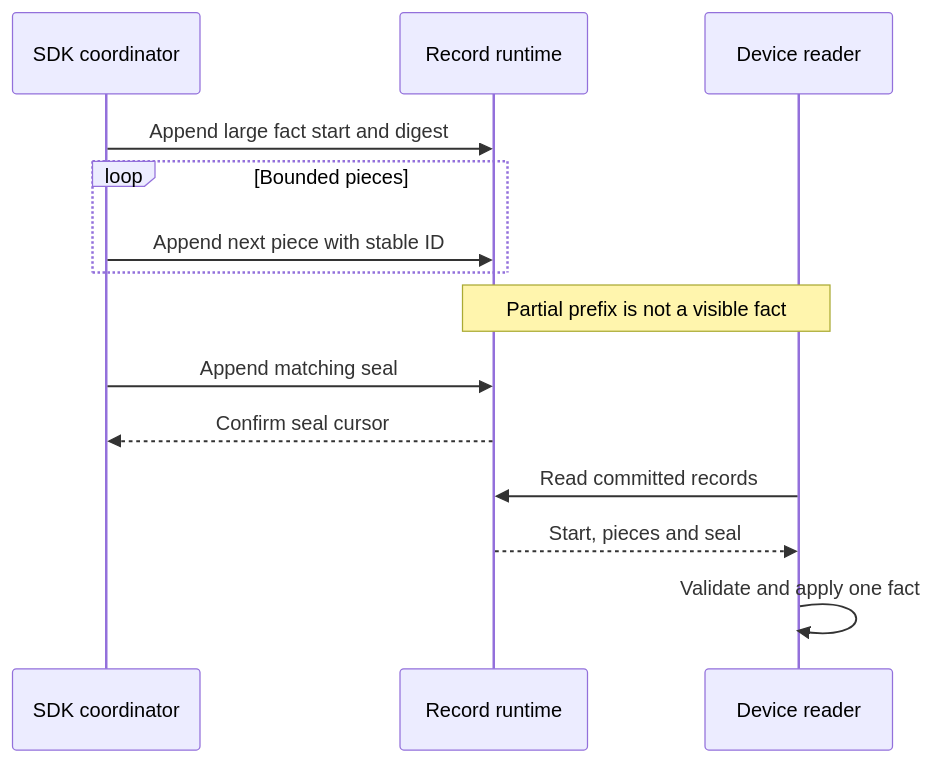
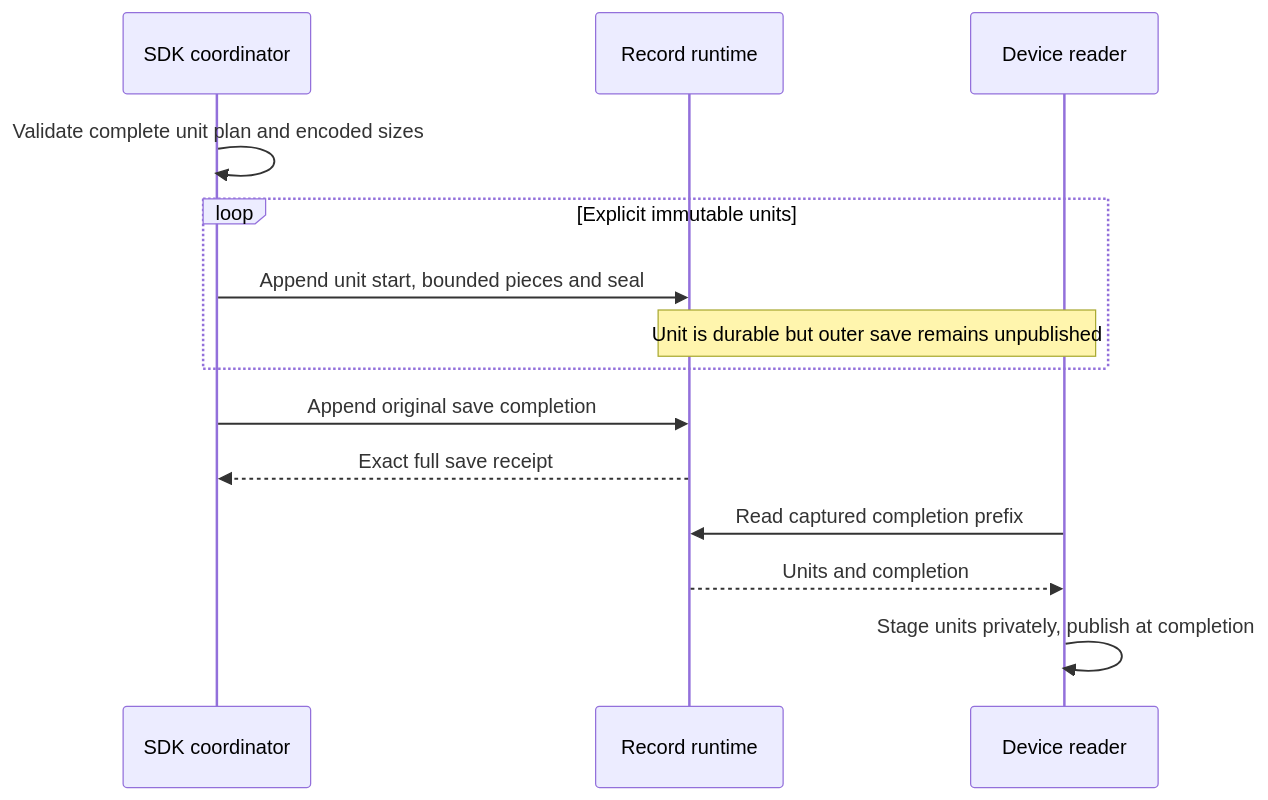
The third of 3 diagrams in docs/design/semantic-record-writer.md (nessalabs/nessa-agent), drawn with Mermaid before and after one commit. The commit also changed other lines of this file and 66 other files, not shown here.

Commit message:
Implement durable semantic record save ownership (#292)

````diff
--- a/docs/design/semantic-record-writer.md
+++ b/docs/design/semantic-record-writer.md
@@ -103,16 +103,16 @@
 ```mermaid
 sequenceDiagram
     participant S as SDK coordinator
     participant R as Record runtime
     participant D as Device reader
-    S->>R: Append large fact start and digest
-    loop Bounded pieces
-        S->>R: Append next piece with stable ID
+    S->>S: Validate complete unit plan and encoded sizes
+    loop Explicit immutable units
+        S->>R: Append unit start, bounded pieces and seal
+        Note over D,R: Unit is durable but outer save remains unpublished
     end
-    Note over D,R: Partial prefix is not a visible fact
-    S->>R: Append matching seal
-    R-->>S: Confirm seal cursor
-    D->>R: Read committed records
-    R-->>D: Start, pieces and seal
-    D->>D: Validate and apply one fact
+    S->>R: Append original save completion
+    R-->>S: Exact full save receipt
+    D->>R: Read captured completion prefix
+    R-->>D: Units and completion
+    D->>D: Stage units privately, publish at completion
 ```
````
